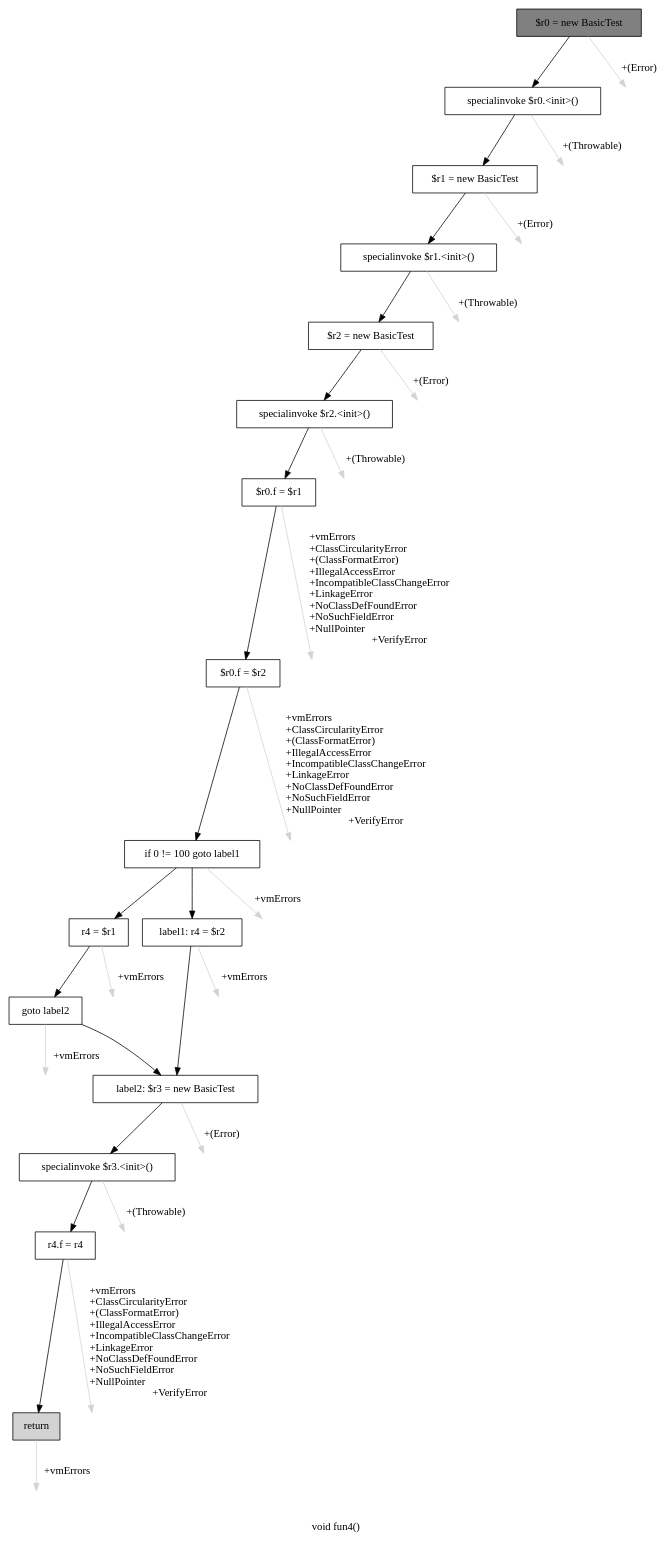
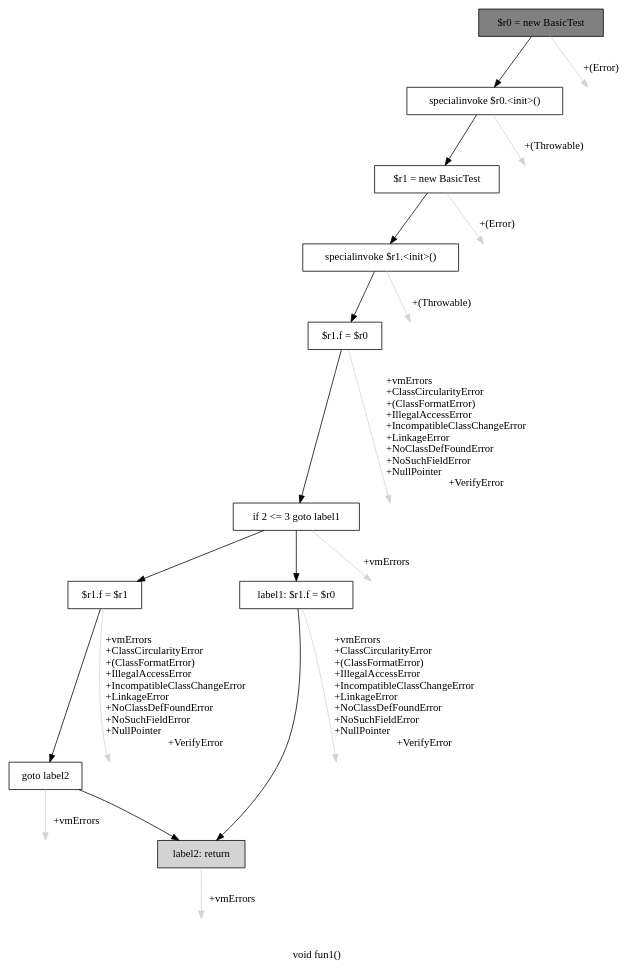
One commit to gourishankerJK/DeReference-Pointer-Analysis changed the diagram in cfg.dot. Above: the diagram before and after it, drawn with Graphviz. The commit also changed 8 other files, not shown here.

```diff
--- a/cfg.dot
+++ b/cfg.dot
@@ -1,68 +1,44 @@
-digraph "void fun4()" {
-    label="void fun4()";
+digraph "void fun1()" {
+    label="void fun1()";
     node [shape=box];
     "0" [style=filled,fillcolor=gray,label="$r0 = new BasicTest",];
     "1" [label="specialinvoke $r0.<init>()",];
     "0"->"1" [color=black,];
-    "16" [style=invis,label="Esc",];
-    "0"->"16" [color=lightgray,label="\l+(Error)",];
+    "10" [style=invis,label="Esc",];
+    "0"->"10" [color=lightgray,label="\l+(Error)",];
     "2" [label="$r1 = new BasicTest",];
     "1"->"2" [color=black,];
-    "17" [style=invis,label="Esc",];
-    "1"->"17" [color=lightgray,label="\l+(Throwable)",];
+    "11" [style=invis,label="Esc",];
+    "1"->"11" [color=lightgray,label="\l+(Throwable)",];
     "3" [label="specialinvoke $r1.<init>()",];
     "2"->"3" [color=black,];
+    "12" [style=invis,label="Esc",];
+    "2"->"12" [color=lightgray,label="\l+(Error)",];
+    "4" [label="$r1.f = $r0",];
+    "3"->"4" [color=black,];
+    "13" [style=invis,label="Esc",];
+    "3"->"13" [color=lightgray,label="\l+(Throwable)",];
+    "5" [label="if 2 <= 3 goto label1",];
+    "4"->"5" [color=black,];
+    "14" [style=invis,label="Esc",];
+    "4"->"14" [color=lightgray,label="\l+vmErrors\l+ClassCircularityError\l+(ClassFormatError)\l+IllegalAccessError\l+IncompatibleClassChangeError\l+LinkageError\l+NoClassDefFoundError\l+NoSuchFieldError\l+NullPointer\l+VerifyError",];
+    "6" [label="$r1.f = $r1",];
+    "5"->"6" [color=black,];
+    "8" [label="label1: $r1.f = $r0",];
+    "5"->"8" [color=black,];
+    "15" [style=invis,label="Esc",];
+    "5"->"15" [color=lightgray,label="\l+vmErrors",];
+    "7" [label="goto label2",];
+    "6"->"7" [color=black,];
+    "16" [style=invis,label="Esc",];
+    "6"->"16" [color=lightgray,label="\l+vmErrors\l+ClassCircularityError\l+(ClassFormatError)\l+IllegalAccessError\l+IncompatibleClassChangeError\l+LinkageError\l+NoClassDefFoundError\l+NoSuchFieldError\l+NullPointer\l+VerifyError",];
+    "9" [style=filled,fillcolor=lightgray,label="label2: return",];
+    "7"->"9" [color=black,];
+    "17" [style=invis,label="Esc",];
+    "7"->"17" [color=lightgray,label="\l+vmErrors",];
+    "8"->"9" [color=black,];
     "18" [style=invis,label="Esc",];
-    "2"->"18" [color=lightgray,label="\l+(Error)",];
-    "4" [label="$r2 = new BasicTest",];
-    "3"->"4" [color=black,];
+    "8"->"18" [color=lightgray,label="\l+vmErrors\l+ClassCircularityError\l+(ClassFormatError)\l+IllegalAccessError\l+IncompatibleClassChangeError\l+LinkageError\l+NoClassDefFoundError\l+NoSuchFieldError\l+NullPointer\l+VerifyError",];
     "19" [style=invis,label="Esc",];
-    "3"->"19" [color=lightgray,label="\l+(Throwable)",];
-    "5" [label="specialinvoke $r2.<init>()",];
-    "4"->"5" [color=black,];
-    "20" [style=invis,label="Esc",];
-    "4"->"20" [color=lightgray,label="\l+(Error)",];
-    "6" [label="$r0.f = $r1",];
-    "5"->"6" [color=black,];
-    "21" [style=invis,label="Esc",];
-    "5"->"21" [color=lightgray,label="\l+(Throwable)",];
-    "7" [label="$r0.f = $r2",];
-    "6"->"7" [color=black,];
-    "22" [style=invis,label="Esc",];
-    "6"->"22" [color=lightgray,label="\l+vmErrors\l+ClassCircularityError\l+(ClassFormatError)\l+IllegalAccessError\l+IncompatibleClassChangeError\l+LinkageError\l+NoClassDefFoundError\l+NoSuchFieldError\l+NullPointer\l+VerifyError",];
-    "8" [label="if 0 != 100 goto label1",];
-    "7"->"8" [color=black,];
-    "23" [style=invis,label="Esc",];
-    "7"->"23" [color=lightgray,label="\l+vmErrors\l+ClassCircularityError\l+(ClassFormatError)\l+IllegalAccessError\l+IncompatibleClassChangeError\l+LinkageError\l+NoClassDefFoundError\l+NoSuchFieldError\l+NullPointer\l+VerifyError",];
-    "9" [label="r4 = $r1",];
-    "8"->"9" [color=black,];
-    "11" [label="label1: r4 = $r2",];
-    "8"->"11" [color=black,];
-    "24" [style=invis,label="Esc",];
-    "8"->"24" [color=lightgray,label="\l+vmErrors",];
-    "10" [label="goto label2",];
-    "9"->"10" [color=black,];
-    "25" [style=invis,label="Esc",];
-    "9"->"25" [color=lightgray,label="\l+vmErrors",];
-    "12" [label="label2: $r3 = new BasicTest",];
-    "10"->"12" [color=black,];
-    "26" [style=invis,label="Esc",];
-    "10"->"26" [color=lightgray,label="\l+vmErrors",];
-    "11"->"12" [color=black,];
-    "27" [style=invis,label="Esc",];
-    "11"->"27" [color=lightgray,label="\l+vmErrors",];
-    "13" [label="specialinvoke $r3.<init>()",];
-    "12"->"13" [color=black,];
-    "28" [style=invis,label="Esc",];
-    "12"->"28" [color=lightgray,label="\l+(Error)",];
-    "14" [label="r4.f = r4",];
-    "13"->"14" [color=black,];
-    "29" [style=invis,label="Esc",];
-    "13"->"29" [color=lightgray,label="\l+(Throwable)",];
-    "15" [style=filled,fillcolor=lightgray,label="return",];
-    "14"->"15" [color=black,];
-    "30" [style=invis,label="Esc",];
-    "14"->"30" [color=lightgray,label="\l+vmErrors\l+ClassCircularityError\l+(ClassFormatError)\l+IllegalAccessError\l+IncompatibleClassChangeError\l+LinkageError\l+NoClassDefFoundError\l+NoSuchFieldError\l+NullPointer\l+VerifyError",];
-    "31" [style=invis,label="Esc",];
-    "15"->"31" [color=lightgray,label="\l+vmErrors",];
+    "9"->"19" [color=lightgray,label="\l+vmErrors",];
 }
```
